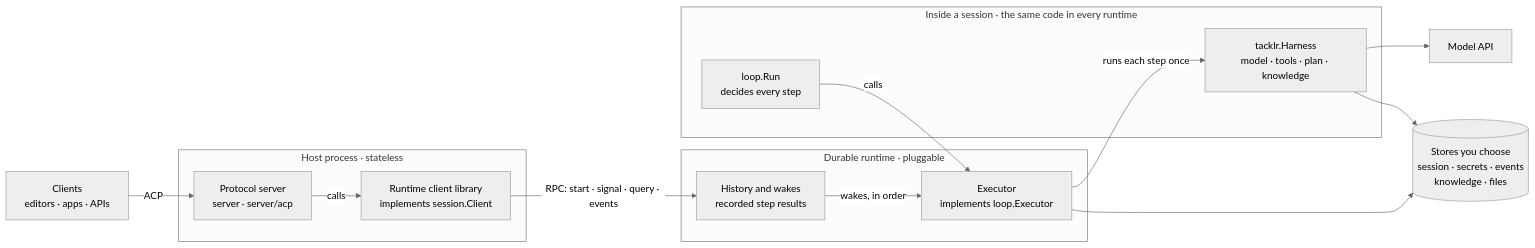
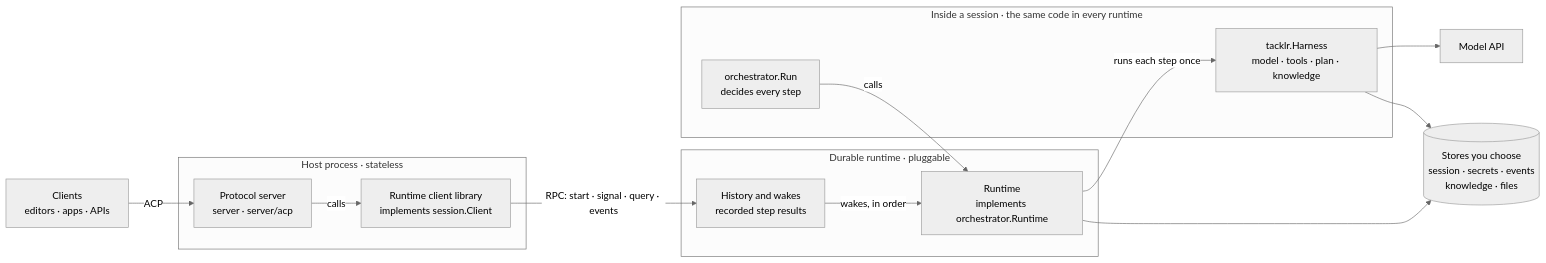
One commit to Ryanaldo34/tacklr changed the first of 2 diagrams in README.md. Above: the diagram before and after it, drawn with Mermaid (neutral theme). The commit also changed other lines of this file and 74 other files, not shown here.

````diff
--- a/README.md
+++ b/README.md
@@ -33,28 +33,28 @@
 ```mermaid
 flowchart LR
     clients["Clients<br/>editors · apps · APIs"]
     subgraph host["Host process · stateless"]
         proto["Protocol server<br/>server · server/acp"]
         rc["Runtime client library<br/>implements session.Client"]
     end
     subgraph runtime["Durable runtime · pluggable"]
         svc["History and wakes<br/>recorded step results"]
-        rx["Executor<br/>implements loop.Executor"]
+        rx["Runtime<br/>implements orchestrator.Runtime"]
     end
     subgraph sess["Inside a session · the same code in every runtime"]
-        loop["loop.Run<br/>decides every step"]
+        orch["orchestrator.Run<br/>decides every step"]
         harness["tacklr.Harness<br/>model · tools · plan · knowledge"]
     end
     stores[("Stores you choose<br/>session · secrets · events<br/>knowledge · files")]
     model["Model API"]
 
     clients -- "ACP" --> proto
     proto -- "calls" --> rc
     rc -- "RPC: start · signal · query · events" --> svc
     svc -- "wakes, in order" --> rx
-    loop -- "calls" --> rx
+    orch -- "calls" --> rx
     rx -- "runs each step once" --> harness
     harness --> model
     rx --> stores
     harness --> stores
 ```
````
